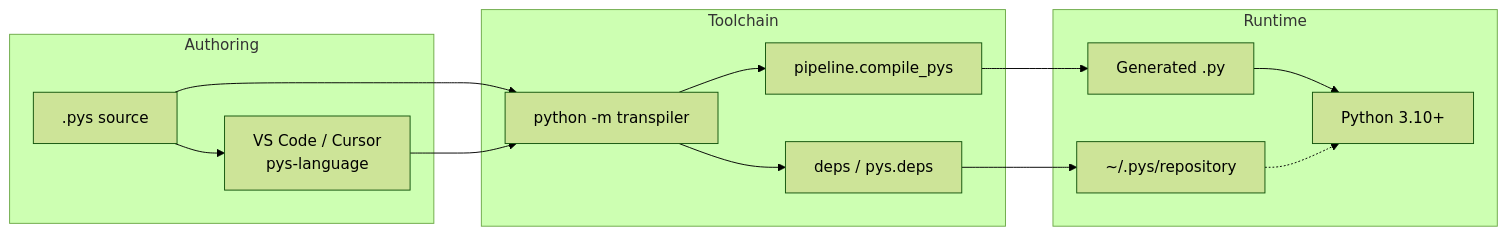
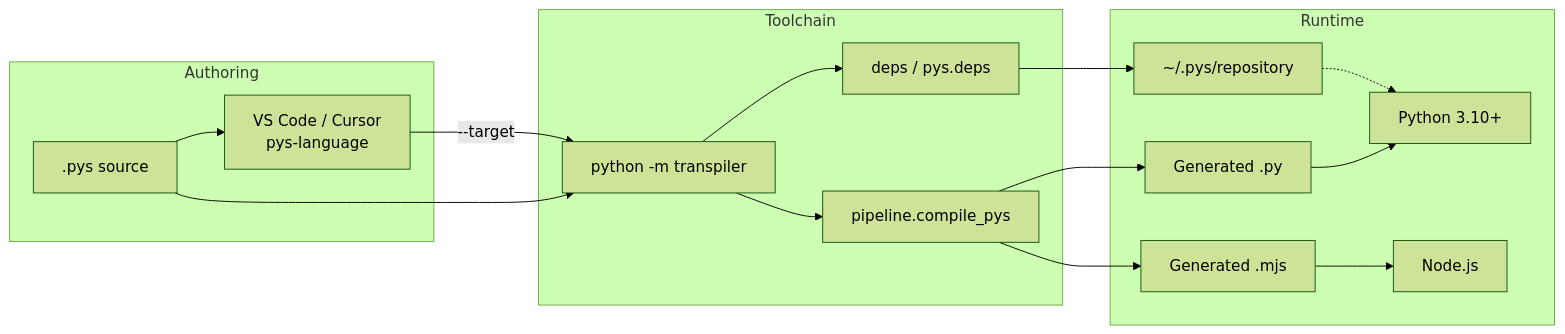
One commit to remideboer/pys changed the first of 7 diagrams in docs/ARCHITECTURE.md. Above: the diagram before and after it, drawn with Mermaid (forest theme). The commit also changed other lines of this file and 175 other files, not shown here.

````diff
--- a/docs/ARCHITECTURE.md
+++ b/docs/ARCHITECTURE.md
@@ -11,29 +12,33 @@
 ```mermaid
 flowchart LR
   subgraph authors [Authoring]
     PYS[".pys source"]
     Ext["VS Code / Cursor<br/>pys-language"]
   end
 
   subgraph toolchain [Toolchain]
     CLI["python -m transpiler"]
     Pipe["pipeline.compile_pys"]
     Deps["deps / pys.deps"]
   end
 
   subgraph runtime [Runtime]
-    Gen["Generated .py"]
+    GenPy["Generated .py"]
+    GenJs["Generated .mjs"]
     Py["Python 3.10+"]
+    Node["Node.js"]
     Repo["~/.pys/repository"]
   end
 
   PYS --> Ext
   PYS --> CLI
-  Ext --> CLI
+  Ext -->|"--target"| CLI
   CLI --> Deps
   Deps --> Repo
   CLI --> Pipe
-  Pipe --> Gen
-  Gen --> Py
+  Pipe --> GenPy
+  Pipe --> GenJs
+  GenPy --> Py
+  GenJs --> Node
   Repo -.-> Py
 ```
````
